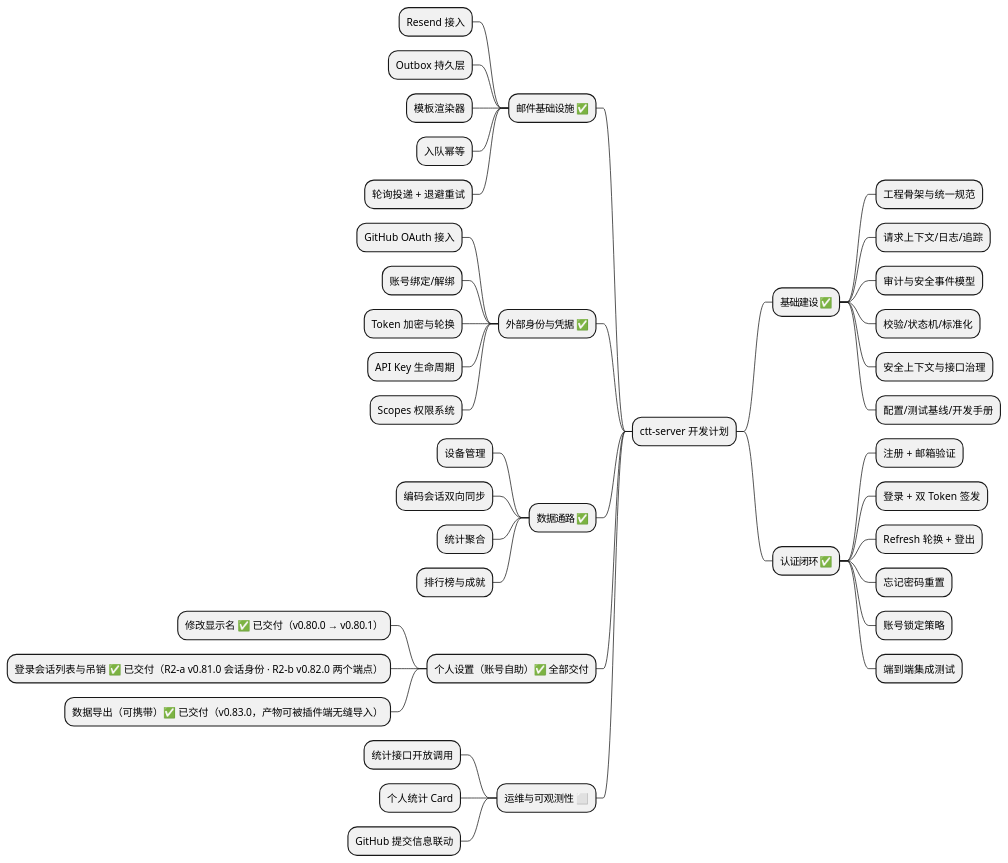
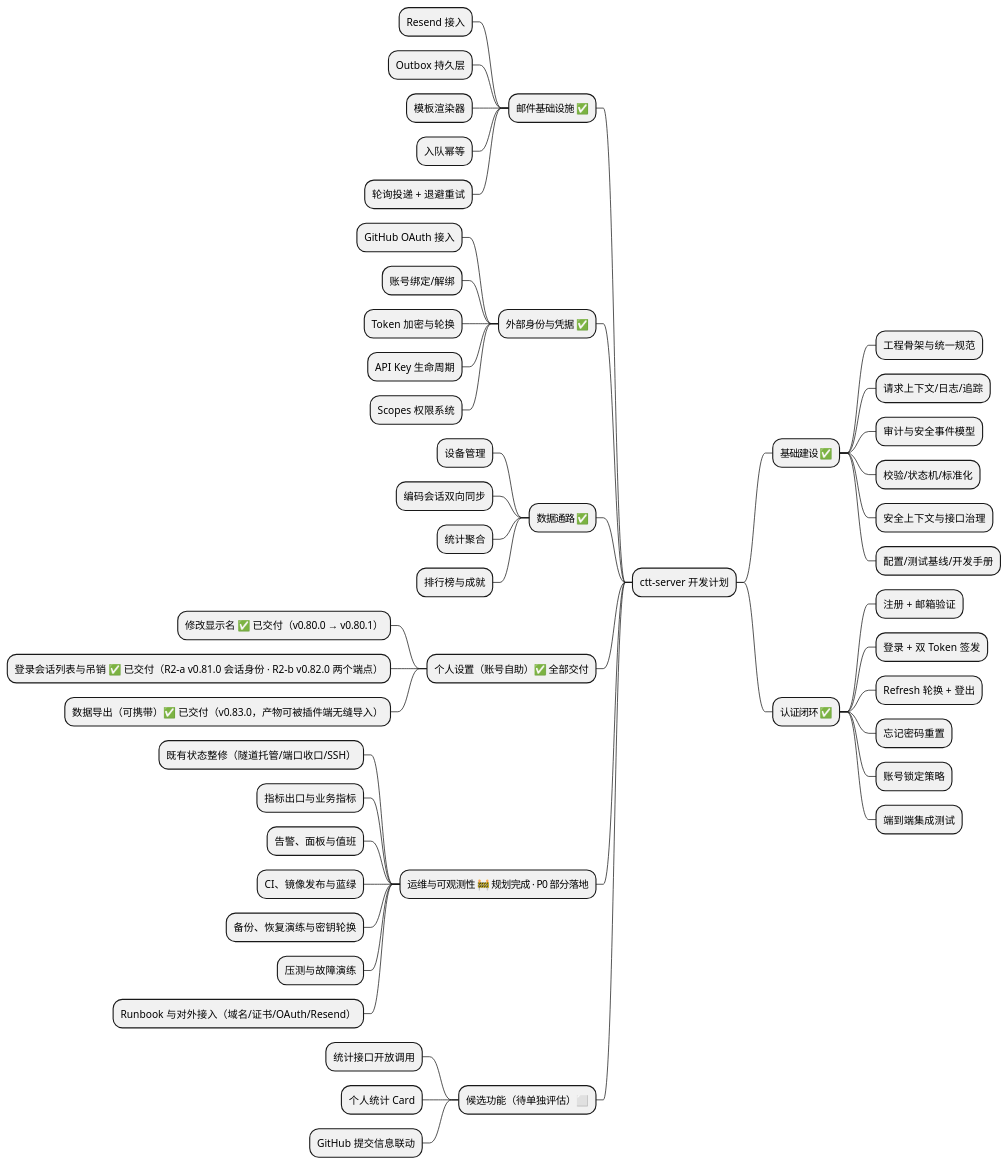
The first of 9 diagrams in .plans/ctt-server-development-plan.md (AhogeK/ctt-server), drawn with PlantUML before and after one commit. The commit also changed other lines of this file, not shown here.

````diff
--- a/.plans/ctt-server-development-plan.md
+++ b/.plans/ctt-server-development-plan.md
@@ -13,46 +13,54 @@
 ```plantuml
 @startmindmap
 * ctt-server 开发计划
 ** 基础建设 ✅
 *** 工程骨架与统一规范
 *** 请求上下文/日志/追踪
 *** 审计与安全事件模型
 *** 校验/状态机/标准化
 *** 安全上下文与接口治理
 *** 配置/测试基线/开发手册
 ** 认证闭环 ✅
 *** 注册 + 邮箱验证
 *** 登录 + 双 Token 签发
 *** Refresh 轮换 + 登出
 *** 忘记密码重置
 *** 账号锁定策略
 *** 端到端集成测试
 
 left side
 ** 邮件基础设施 ✅
 *** Resend 接入
 *** Outbox 持久层
 *** 模板渲染器
 *** 入队幂等
 *** 轮询投递 + 退避重试
 ** 外部身份与凭据 ✅
 *** GitHub OAuth 接入
 *** 账号绑定/解绑
 *** Token 加密与轮换
 *** API Key 生命周期
 *** Scopes 权限系统
 ** 数据通路 ✅
 *** 设备管理
 *** 编码会话双向同步
 *** 统计聚合
 *** 排行榜与成就
 ** 个人设置（账号自助）✅ 全部交付
 *** 修改显示名 ✅ 已交付（v0.80.0 → v0.80.1）
 *** 登录会话列表与吊销 ✅ 已交付（R2-a v0.81.0 会话身份 · R2-b v0.82.0 两个端点）
 *** 数据导出（可携带）✅ 已交付（v0.83.0，产物可被插件端无缝导入）
-** 运维与可观测性 ⬜
+** 运维与可观测性 🚧 规划完成 · P0 部分落地
+*** 既有状态整修（隧道托管/端口收口/SSH）
+*** 指标出口与业务指标
+*** 告警、面板与值班
+*** CI、镜像发布与蓝绿
+*** 备份、恢复演练与密钥轮换
+*** 压测与故障演练
+*** Runbook 与对外接入（域名/证书/OAuth/Resend）
+** 候选功能（待单独评估）⬜
 *** 统计接口开放调用
 *** 个人统计 Card
 *** GitHub 提交信息联动
 @endmindmap
 ```
````
